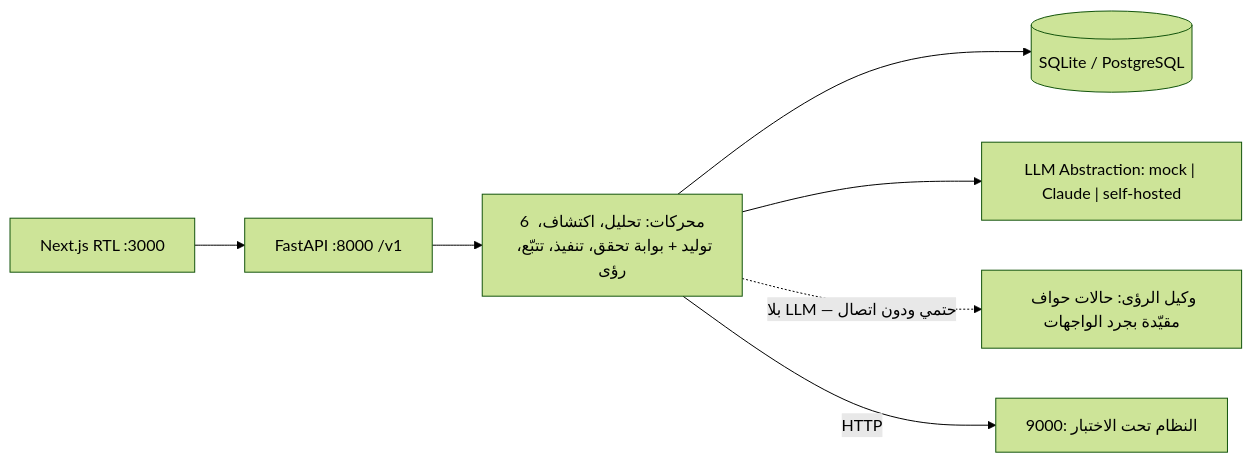
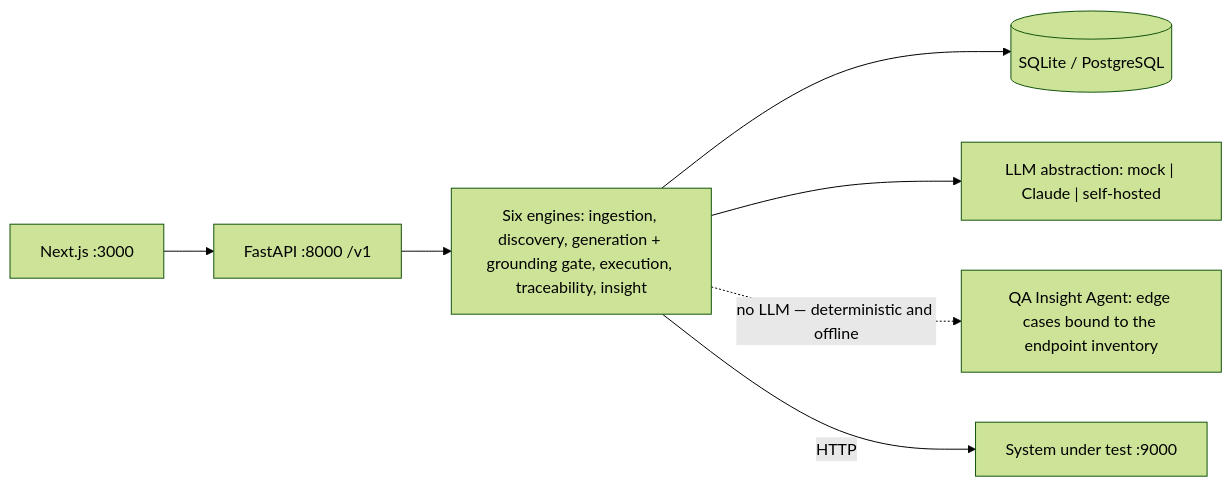
The diagram in README.md (Abo5/traceo), drawn with Mermaid (forest theme) before and after one commit. The commit also changed other lines of this file and 119 other files, not shown here.

````diff
--- a/README.md
+++ b/README.md
@@ -7,9 +9,9 @@
 ```mermaid
 flowchart LR
-    FE["Next.js RTL :3000"] --> API["FastAPI :8000 /v1"]
-    API --> ENG["6 محركات: تحليل، اكتشاف، توليد + بوابة تحقق، تنفيذ، تتبّع، رؤى"]
+    FE["Next.js :3000"] --> API["FastAPI :8000 /v1"]
+    API --> ENG["Six engines: ingestion, discovery, generation + grounding gate, execution, traceability, insight"]
     ENG --> DB[("SQLite / PostgreSQL")]
-    ENG --> LLM["LLM Abstraction: mock | Claude | self-hosted"]
-    ENG -.->|"بلا LLM — حتمي ودون اتصال"| INS["وكيل الرؤى: حالات حواف مقيّدة بجرد الواجهات"]
-    ENG -->|"HTTP"| SUT["النظام تحت الاختبار :9000"]
+    ENG --> LLM["LLM abstraction: mock | Claude | self-hosted"]
+    ENG -.->|"no LLM — deterministic and offline"| INS["QA Insight Agent: edge cases bound to the endpoint inventory"]
+    ENG -->|"HTTP"| SUT["System under test :9000"]
 ```
````
